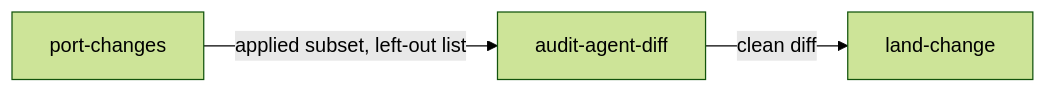
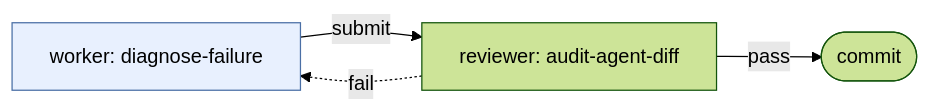
Before and after one commit to bcmyguest/personal-skills: the third of 7 diagrams in CHAINS.md, drawn with Mermaid (forest theme). The commit also changed other lines of this file and 23 other files, not shown here.

````diff
--- a/CHAINS.md
+++ b/CHAINS.md
@@ -128,10 +72,11 @@
 ```mermaid
 flowchart LR
-  port_changes["port-changes"]
-  audit_agent_diff["audit-agent-diff"]
-  land_change["land-change"]
-  port_changes -->|"applied subset, left-out list"| audit_agent_diff
-  audit_agent_diff -->|"clean diff"| land_change
-  classDef external stroke-dasharray: 4 3
-  classDef action fill:#fff4d6,stroke:#b8860b
+  worker["worker: diagnose-failure"]
+  reviewer["reviewer: audit-agent-diff"]
+  done(["commit"])
+  worker -->|submit| reviewer
+  reviewer -->|pass| done
+  reviewer -.->|fail| worker
+  classDef step fill:#e8f0fe,stroke:#4a6fa5
+  class worker step
 ```
````
